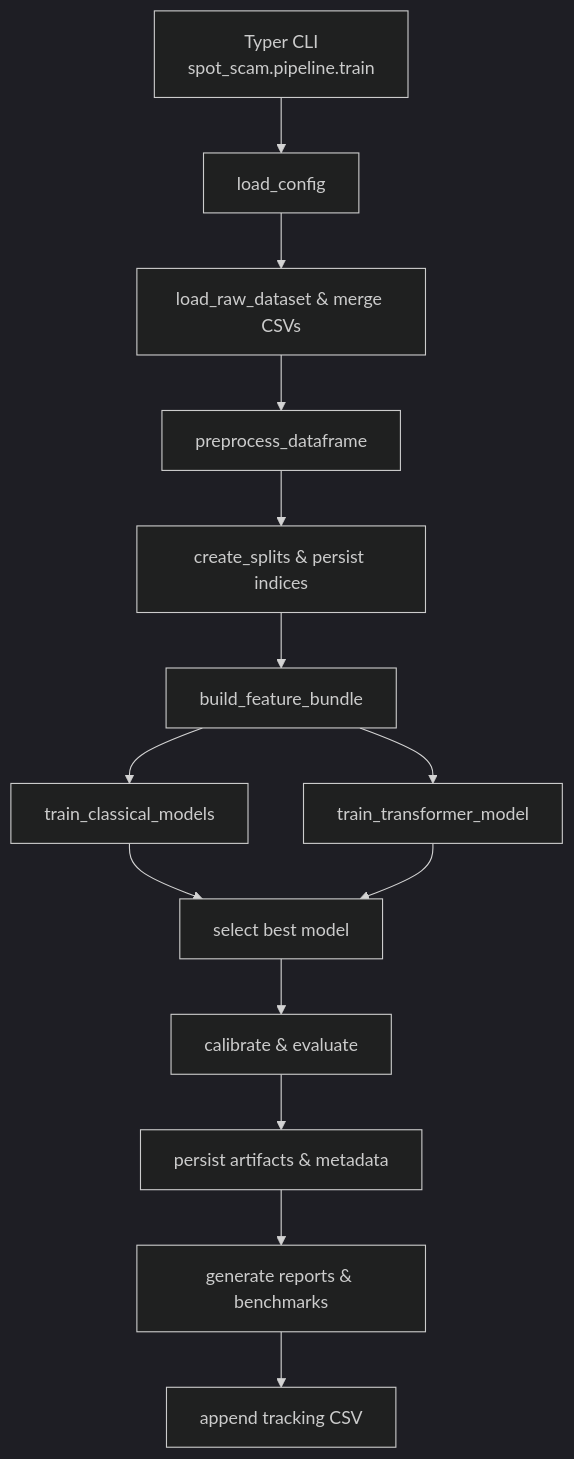
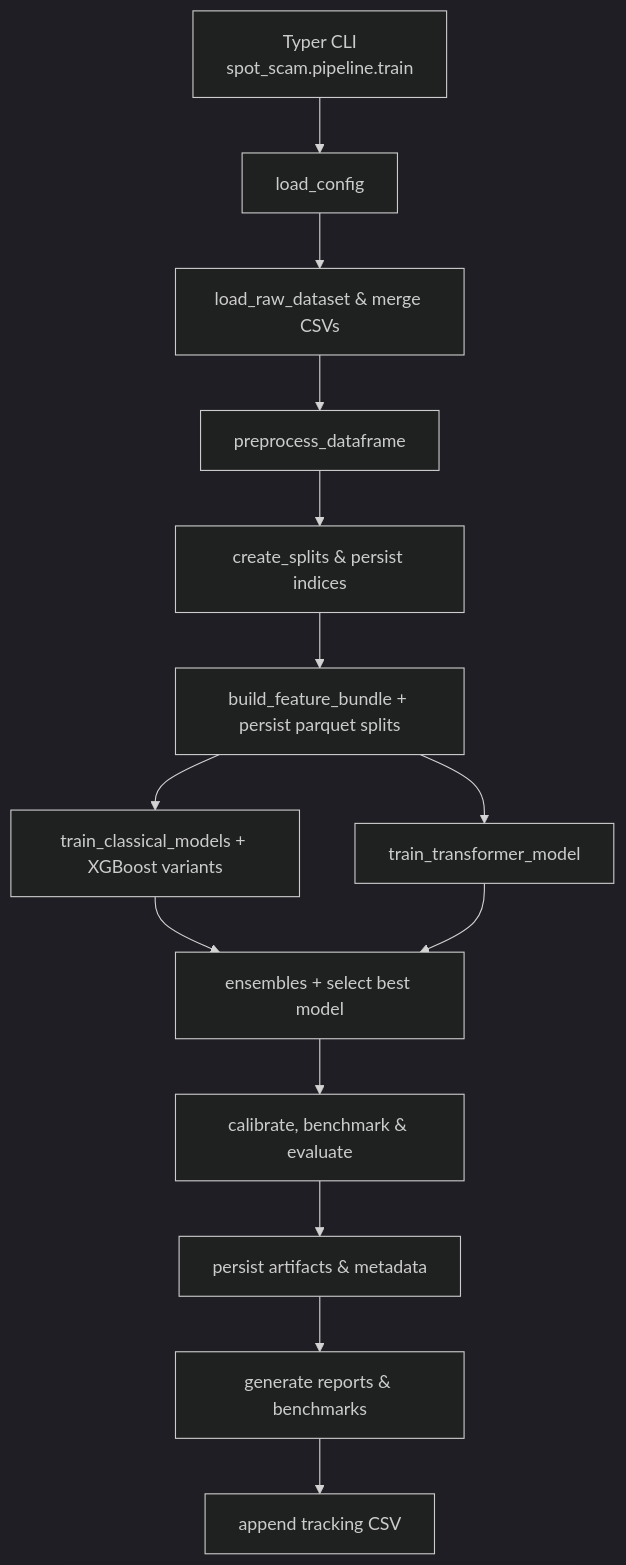
Before and after one commit to hoangsonww/Spot-the-Scam-AI-Job-Fraud: the fourth of 6 diagrams in ARCHITECTURE.md, drawn with Mermaid (dark theme). The commit also changed other lines of this file and 2 other files, not shown here.

Commit message:
feat: enhance architecture and documentation with XGBoost integration, weighted ensembles, and benchmark persistence

````diff
--- a/ARCHITECTURE.md
+++ b/ARCHITECTURE.md
@@ -176,17 +183,17 @@
 ```mermaid
 flowchart TD
     A[Typer CLI
     spot_scam.pipeline.train] --> B[load_config]
     B --> C[load_raw_dataset & merge CSVs]
     C --> D[preprocess_dataframe]
     D --> E[create_splits & persist indices]
-    E --> F[build_feature_bundle]
-    F --> G[train_classical_models]
+    E --> F[build_feature_bundle + persist parquet splits]
+    F --> G[train_classical_models + XGBoost variants]
     F --> H[train_transformer_model]
-    G --> I[select best model]
+    G --> I[ensembles + select best model]
     H --> I
-    I --> J[calibrate & evaluate]
+    I --> J[calibrate, benchmark & evaluate]
     J --> K[persist artifacts & metadata]
     K --> L[generate reports & benchmarks]
     L --> M[append tracking CSV]
 ```
````
